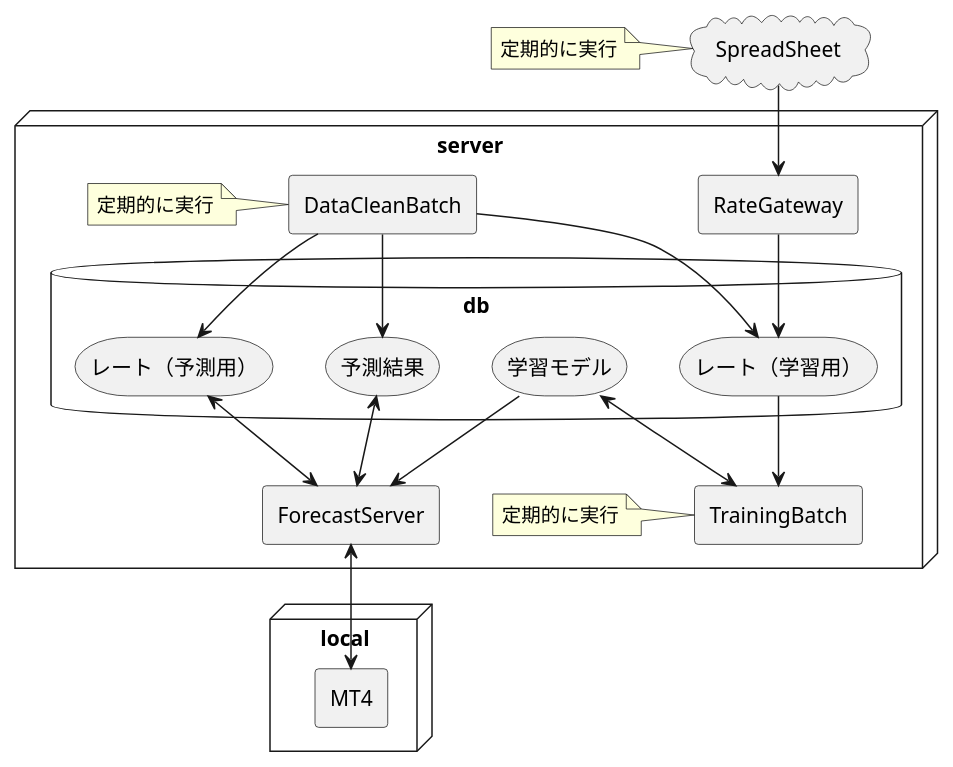
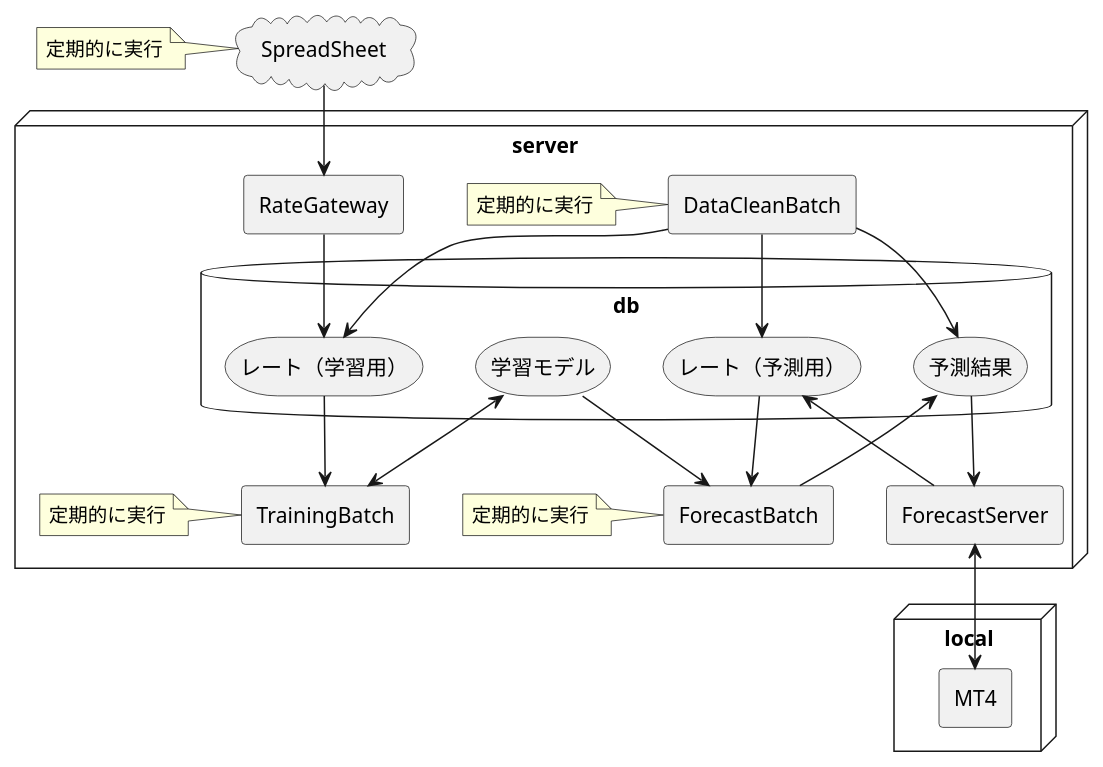
Before and after one commit to canpok1/bin-option-rust: the diagram in docs/overview.plantuml, drawn with PlantUML.

Commit message:
forecast-batchを図に追加

```diff
--- a/docs/overview.plantuml
+++ b/docs/overview.plantuml
@@ -1,60 +1,68 @@
 @startuml bin-option-rust
 
 cloud gas [
     SpreadSheet
 ]
 note left of gas
 定期的に実行
 end note
 
 node server {
     database db {
         storage models [
             学習モデル
         ]
         storage rates [
             レート（学習用）
         ]
         storage histories [
             レート（予測用）
         ]
         storage forecast [
             予測結果
         ]
     }
 
     agent ForecastServer
 
+    agent ForecastBatch
+    note left of ForecastBatch
+    定期的に実行
+    end note
+
     agent RateGateway
 
     agent TrainingBatch
     note left of TrainingBatch
     定期的に実行
     end note
 
     agent DataCleanBatch
     note left of DataCleanBatch
     定期的に実行
     end note
 }
 
 node local {
     agent MT4
 }
 
-models --> ForecastServer
-histories <--> ForecastServer
-forecast <--> ForecastServer
+histories <-- ForecastServer
+forecast --> ForecastServer
 ForecastServer <--> MT4
+
+models --> ForecastBatch
+histories --> ForecastBatch
+forecast <-- ForecastBatch
 
 models <--> TrainingBatch
 rates -->TrainingBatch
 
 gas --> RateGateway
 RateGateway --> rates
 
 DataCleanBatch --> rates
 DataCleanBatch --> histories
 DataCleanBatch --> forecast
 
 @enduml
```
